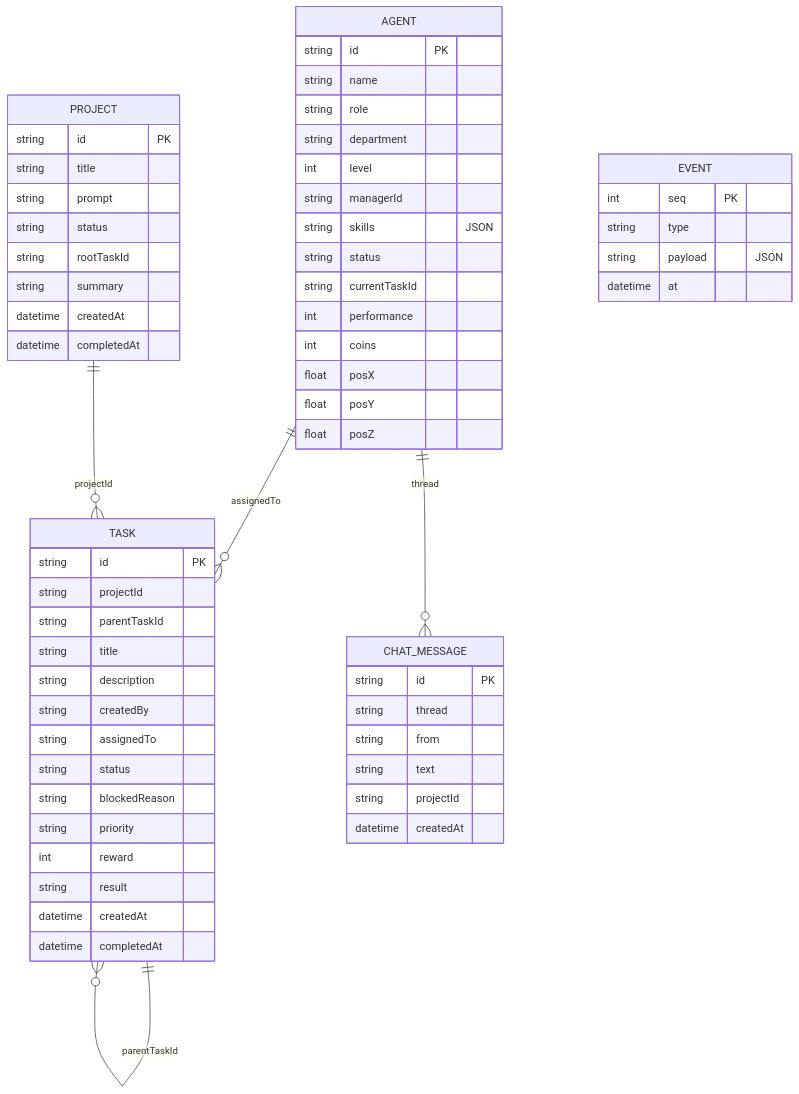
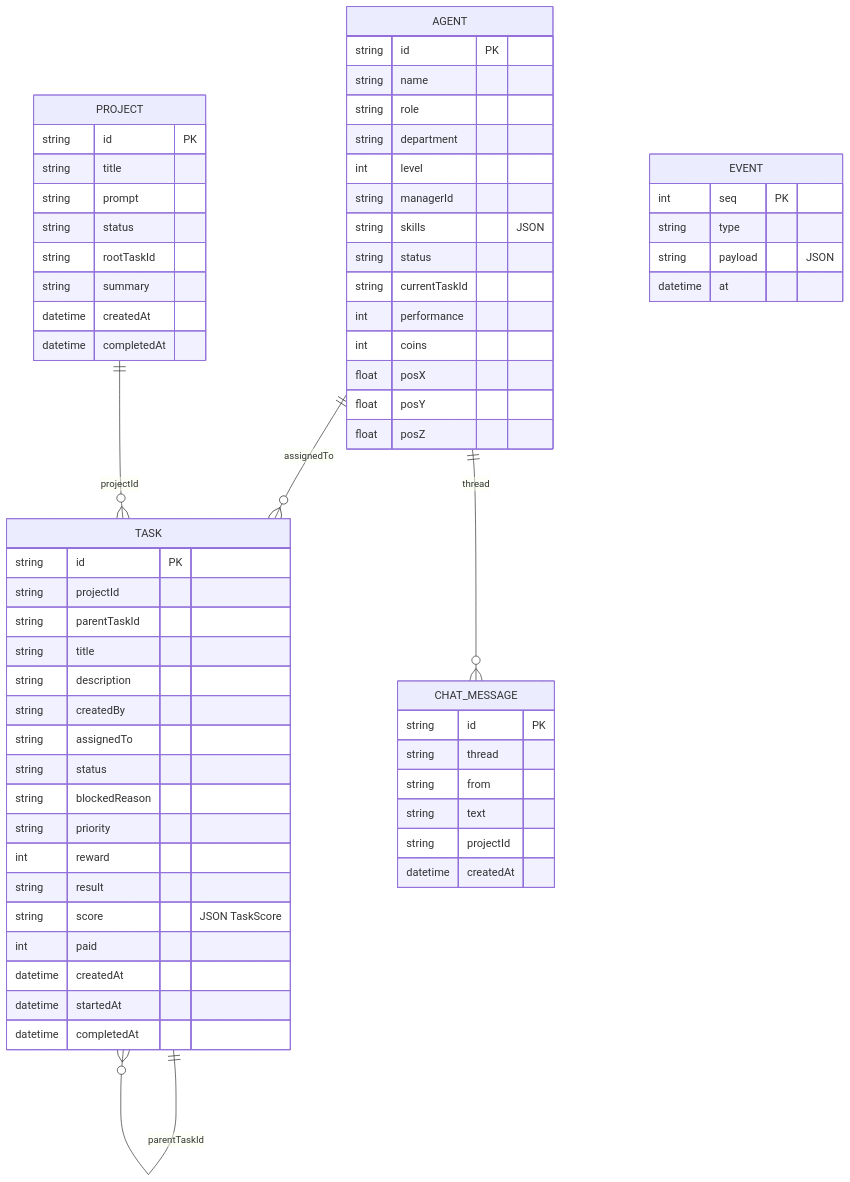
Before and after one commit to F64081169/3d-office: the fifth of 5 diagrams in docs/architecture.md, drawn with Mermaid. The commit also changed other lines of this file and 33 other files, not shown here.

````diff
--- a/docs/architecture.md
+++ b/docs/architecture.md
@@ -371,63 +393,66 @@
 ```mermaid
 erDiagram
   AGENT ||--o{ TASK : "assignedTo"
   PROJECT ||--o{ TASK : "projectId"
   TASK ||--o{ TASK : "parentTaskId"
   AGENT ||--o{ CHAT_MESSAGE : "thread"
   AGENT {
     string id PK
     string name
     string role
     string department
     int level
     string managerId
     string skills "JSON"
     string status
     string currentTaskId
     int performance
     int coins
     float posX
     float posY
     float posZ
   }
   PROJECT {
     string id PK
     string title
     string prompt
     string status
     string rootTaskId
     string summary
     datetime createdAt
     datetime completedAt
   }
   TASK {
     string id PK
     string projectId
     string parentTaskId
     string title
     string description
     string createdBy
     string assignedTo
     string status
     string blockedReason
     string priority
     int reward
     string result
+    string score "JSON TaskScore"
+    int paid
     datetime createdAt
+    datetime startedAt
     datetime completedAt
   }
   CHAT_MESSAGE {
     string id PK
     string thread
     string from
     string text
     string projectId
     datetime createdAt
   }
   EVENT {
     int seq PK
     string type
     string payload "JSON"
     datetime at
   }
 ```
````
